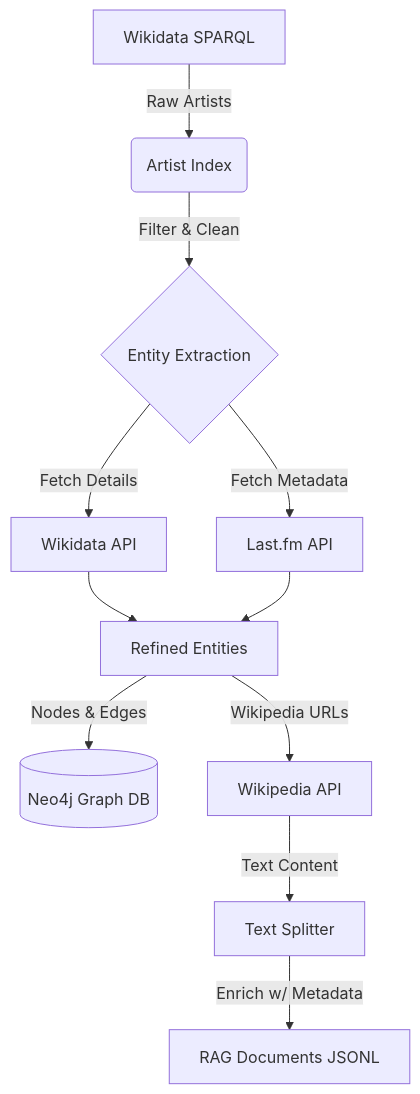
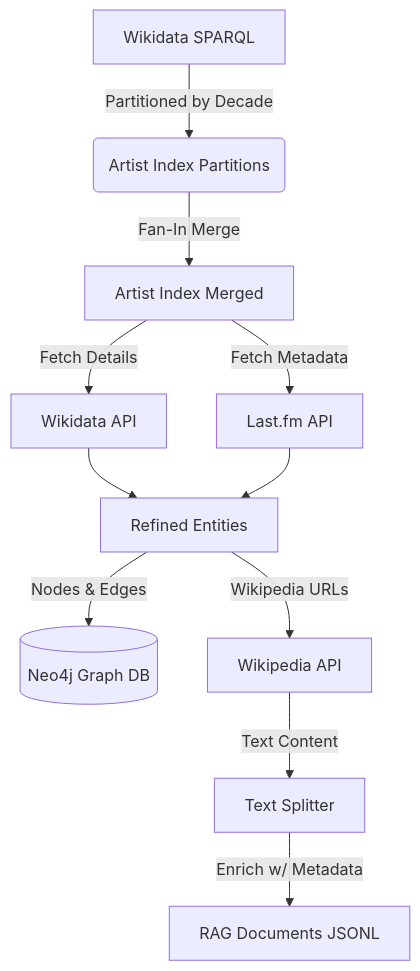
One commit to pacoreyes/GraphRagPart1DataPipeline changed the diagram in README.md. Above: the diagram before and after it, drawn with Mermaid. The commit also changed other lines of this file and 18 other files, not shown here.

Commit message:
Refactoring aligned to Dagster architecture 2

````diff
--- a/README.md
+++ b/README.md
@@ -44,13 +53,13 @@
 ```mermaid
 graph TD
-    A[Wikidata SPARQL] -->|Raw Artists| B(Artist Index)
-    B -->|Filter & Clean| C{Entity Extraction}
+    A[Wikidata SPARQL] -->|Partitioned by Decade| B(Artist Index Partitions)
+    B -->|Fan-In Merge| C[Artist Index Merged]
     C -->|Fetch Details| D[Wikidata API]
     C -->|Fetch Metadata| E[Last.fm API]
     D --> F[Refined Entities]
     E --> F
     F -->|Nodes & Edges| G[(Neo4j Graph DB)]
     F -->|Wikipedia URLs| H[Wikipedia API]
     H -->|Text Content| I[Text Splitter]
     I -->|Enrich w/ Metadata| J[RAG Documents JSONL]
 ```
````
